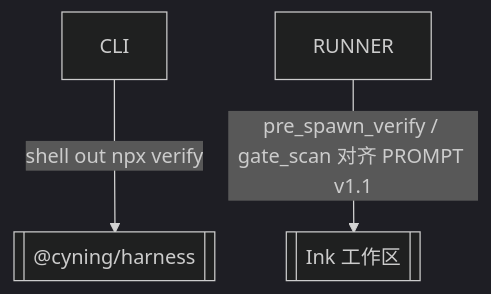
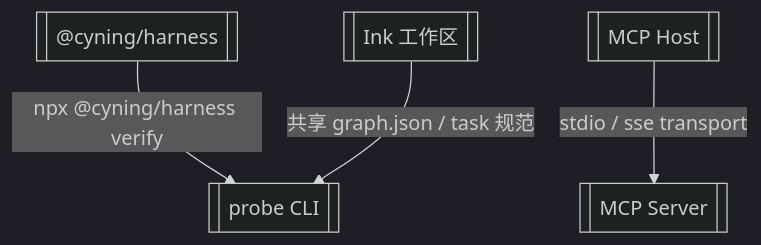
The diagram in docs/_tech_graph/80_external.md (Cyning12/cyning-harness-probe), drawn with Mermaid (dark theme) before and after one commit. The commit also changed other lines of this file and 34 other files, not shown here.

First line of the commit message:
docs(tech-graph): rebuild docs/_tech_graph without .ai.md

````diff
--- a/docs/_tech_graph/80_external.md
+++ b/docs/_tech_graph/80_external.md
@@ -17,8 +17,12 @@
 ```mermaid
 flowchart TD
-    CYNING_HARNESS[["@cyning/harness"]]
-    WORKSPACE[["Ink 工作区"]]
-    CLI --"shell out npx verify"--> CYNING_HARNESS
-    RUNNER --"pre_spawn_verify / gate_scan 对齐 PROMPT v1.1"--> WORKSPACE
+    HARNESS_PKG[["@cyning/harness"]]
+    INK_WORKSPACE[["Ink 工作区"]]
+    MCP_HOST[["MCP Host"]]
+    CLI[["probe CLI"]]
+    MCP[["MCP Server"]]
+    HARNESS_PKG --"npx @cyning/harness verify"--> CLI
+    INK_WORKSPACE --"共享 graph.json / task 规范"--> CLI
+    MCP_HOST --"stdio / sse transport"--> MCP
     %% 锚点：见 YAML 源 edges[].anchors
 ```
````
